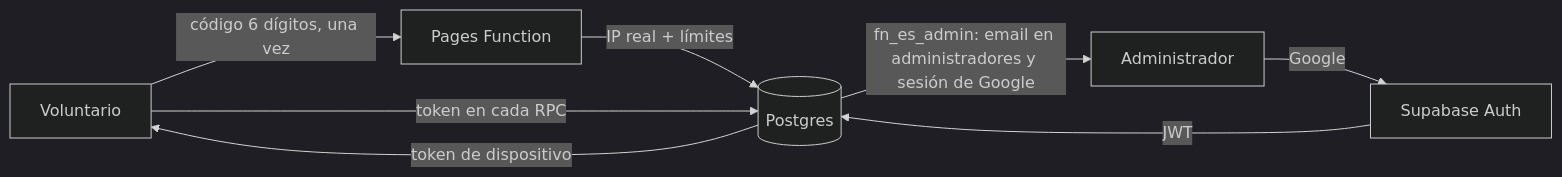
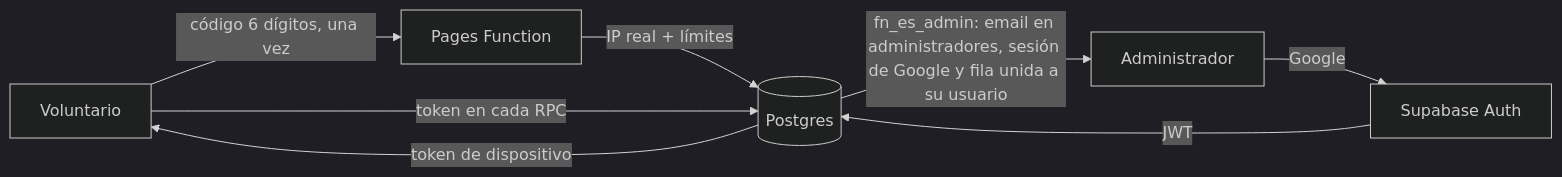
One commit to aron285-coder/hidrantes-albolote changed the diagram in docs/11-seguridad-y-privacidad.md. Above: the diagram before and after it, drawn with Mermaid (dark theme). The commit also changed other lines of this file and 48 other files, not shown here.

First line of the commit message:
fix(panel): la cuenta de jefatura queda unida a su cuenta de Google (docs/35 RV-400) (#668)

````diff
--- a/docs/11-seguridad-y-privacidad.md
+++ b/docs/11-seguridad-y-privacidad.md
@@ -32,10 +32,10 @@
 ```mermaid
 flowchart LR
   V[Voluntario] -- código 6 dígitos, una vez --> PF[Pages Function]
   PF -- IP real + límites --> DB[(Postgres)]
   DB -- token de dispositivo --> V
   V -- token en cada RPC --> DB
   A[Administrador] -- Google --> AU[Supabase Auth]
   AU -- JWT --> DB
-  DB -- fn_es_admin: email en administradores y sesión de Google --> A
+  DB -- fn_es_admin: email en administradores, sesión de Google y fila unida a su usuario --> A
 ```
````
